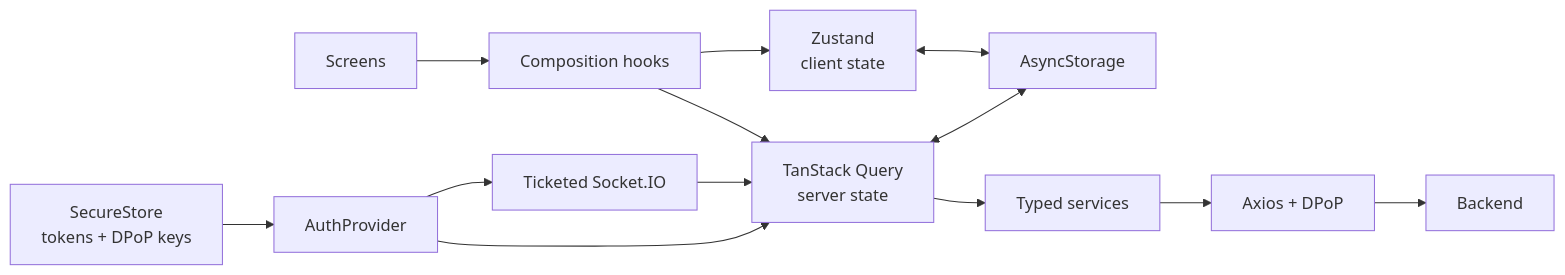
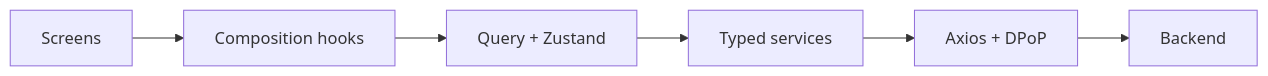
One commit to kobihanoch/Strong-Together-App changed the diagram in README.md. Above: the diagram before and after it, drawn with Mermaid. The commit also changed other lines of this file and 21 other files, not shown here.

````diff
--- a/README.md
+++ b/README.md
@@ -15,15 +71,8 @@
 ```mermaid
 flowchart LR
-    UI[Screens] --> H[Composition hooks]
-    H --> Q[TanStack Query<br/>server state]
-    H --> Z[Zustand<br/>client state]
-    Q --> S[Typed services]
-    S --> A[Axios + DPoP]
-    A --> API[Backend]
-    Q <--> AS[AsyncStorage]
-    Z <--> AS
-    SEC[SecureStore<br/>tokens + DPoP keys] --> AUTH[AuthProvider]
-    AUTH --> Q
-    AUTH --> WS[Ticketed Socket.IO]
-    WS --> Q
+    UI[Screens] --> Hooks[Composition hooks]
+    Hooks --> State[Query + Zustand]
+    State --> Services[Typed services]
+    Services --> Transport[Axios + DPoP]
+    Transport --> API[Backend]
 ```
````
